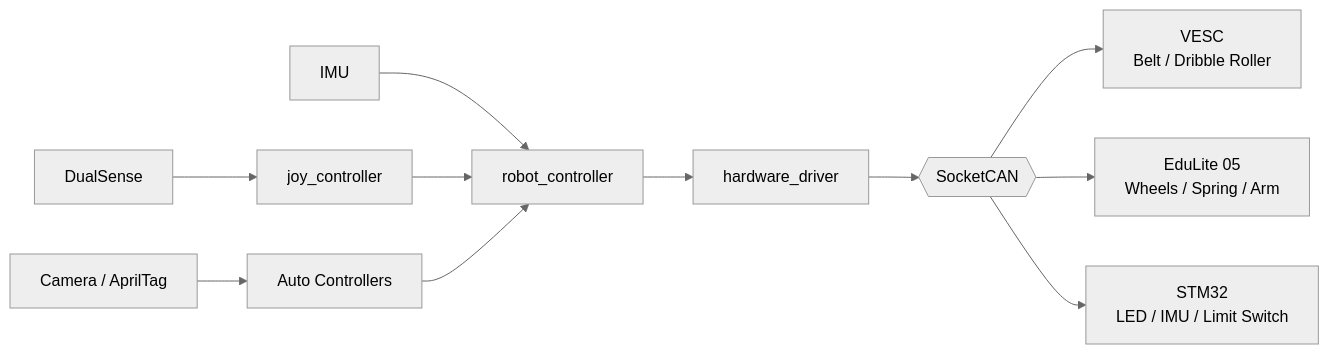
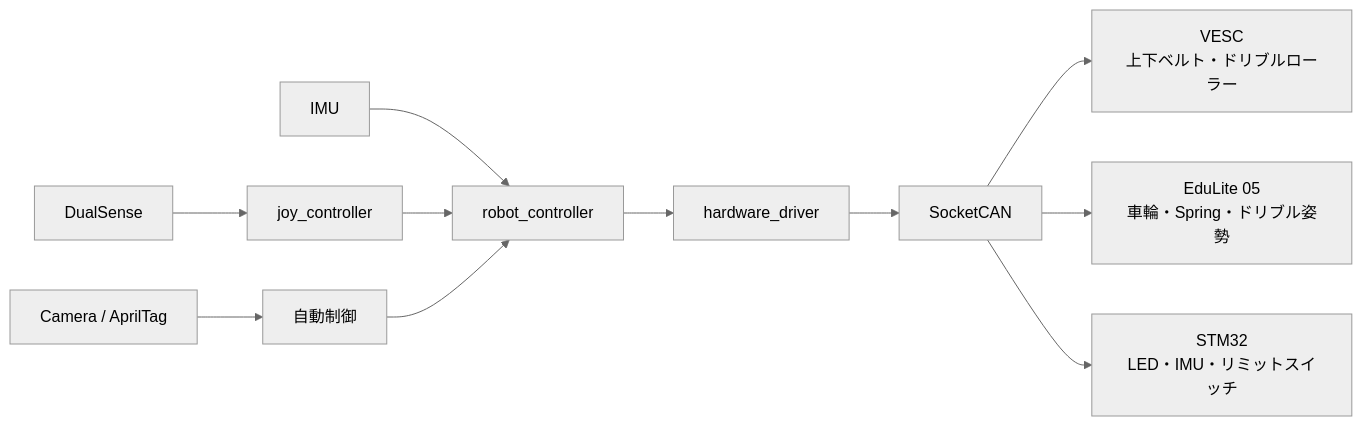
One commit to rodep-soft/rox2026 changed the diagram in README.md. Above: the diagram before and after it, drawn with Mermaid (neutral theme). The commit also changed other lines of this file and 1 other file, not shown here.

````diff
--- a/README.md
+++ b/README.md
@@ -35,15 +22,15 @@
 ```mermaid
 flowchart LR
-  JOY[DualSense] --> INPUT[joy_controller]
-  CAM[Camera / AprilTag] --> AUTO[Auto Controllers]
-  IMU[IMU] --> CTRL[robot_controller]
+  joy[DualSense] --> joy_controller
+  camera[Camera / AprilTag] --> auto_controller[自動制御]
+  imu[IMU] --> robot_controller
 
-  INPUT --> CTRL
-  AUTO --> CTRL
-  CTRL --> DRIVER[hardware_driver]
-  DRIVER --> CAN{{SocketCAN}}
+  joy_controller --> robot_controller
+  auto_controller --> robot_controller
+  robot_controller --> hardware_driver
+  hardware_driver --> socketcan[SocketCAN]
 
-  CAN --> VESC[VESC<br/>Belt / Dribble Roller]
-  CAN --> EDU[EduLite 05<br/>Wheels / Spring / Arm]
-  CAN --> STM[STM32<br/>LED / IMU / Limit Switch]
+  socketcan --> vesc[VESC<br/>上下ベルト・ドリブルローラー]
+  socketcan --> edulite[EduLite 05<br/>車輪・Spring・ドリブル姿勢]
+  socketcan --> stm32[STM32<br/>LED・IMU・リミットスイッチ]
 ```
````
